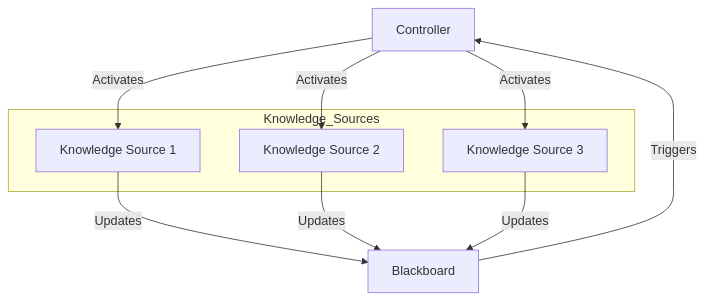
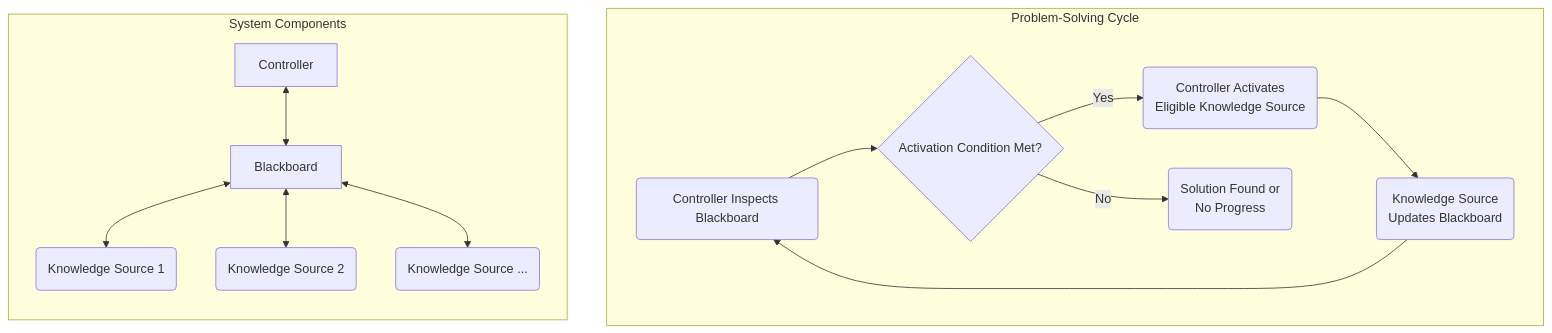
One commit to bmeurant/technical-docs changed the diagram in software-architecture/architectural-patterns/blackboard.md. Above: the diagram before and after it, drawn with Mermaid. The commit also changed other lines of this file and 35 other files, not shown here.

Commit message:
docs(software-architecture): various fixes

````diff
--- a/software-architecture/architectural-patterns/blackboard.md
+++ b/software-architecture/architectural-patterns/blackboard.md
@@ -21,20 +23,19 @@
 ```mermaid
-graph TD
-    C[Controller]
-
-    B[Blackboard]
-
-    subgraph Knowledge_Sources
-        KS1[Knowledge Source 1]
-        KS2[Knowledge Source 2]
-        KS3[Knowledge Source 3]
+flowchart TD
+    subgraph "Problem-Solving Cycle"
+        direction LR
+        A(Controller Inspects Blackboard) --> B{Activation Condition Met?};
+        B -- Yes --> C(Controller Activates <br> Eligible Knowledge Source);
+        C --> D(Knowledge Source <br> Updates Blackboard);
+        D --> A;
+        B -- No --> E(Solution Found or <br> No Progress);
     end
 
-    KS1 -- "Updates" --> B
-    KS2 -- "Updates" --> B
-    KS3 -- "Updates" --> B
-    B -- "Triggers" --> C
-    C -- "Activates" --> KS1
-    C -- "Activates" --> KS2
-    C -- "Activates" --> KS3
+    subgraph "System Components"
+        direction TB
+        Controller <--> Blackboard
+        Blackboard <--> KS1(Knowledge Source 1)
+        Blackboard <--> KS2(Knowledge Source 2)
+        Blackboard <--> KS3(Knowledge Source ...)
+    end
 ```
````
